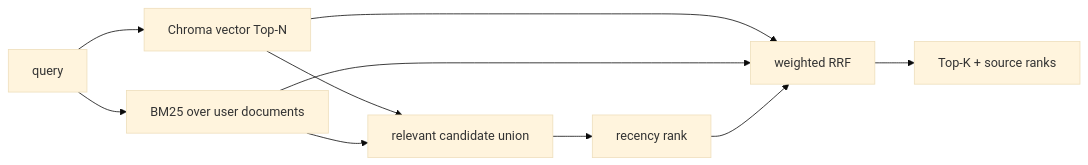
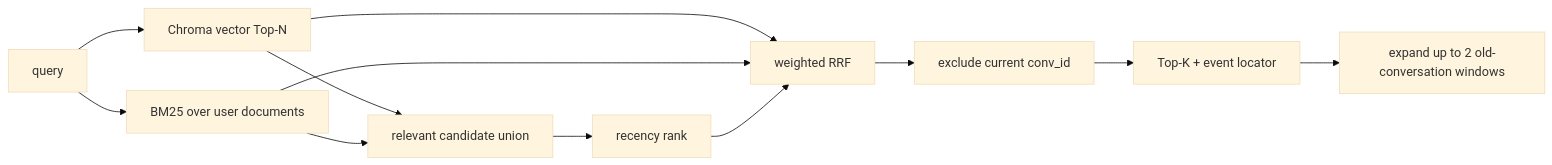
One commit to Garrulus21yyx/DialogPilot changed the fourth of 9 diagrams in docs/full-architecture-tutorial.zh-CN.md. Above: the diagram before and after it, drawn with Mermaid (base theme). The commit also changed other lines of this file and 14 other files, not shown here.

````diff
--- a/docs/full-architecture-tutorial.zh-CN.md
+++ b/docs/full-architecture-tutorial.zh-CN.md
@@ -524,12 +530,14 @@
 ```mermaid
 flowchart LR
     Q[query] --> V[Chroma vector Top-N]
     Q --> B[BM25 over user documents]
     V --> C[relevant candidate union]
     B --> C
     C --> R[recency rank]
     V --> F[weighted RRF]
     B --> F
     R --> F
-    F --> K[Top-K + source ranks]
+    F --> X[exclude current conv_id]
+    X --> K[Top-K + event locator]
+    K --> W[expand up to 2 old-conversation windows]
 ```
````
